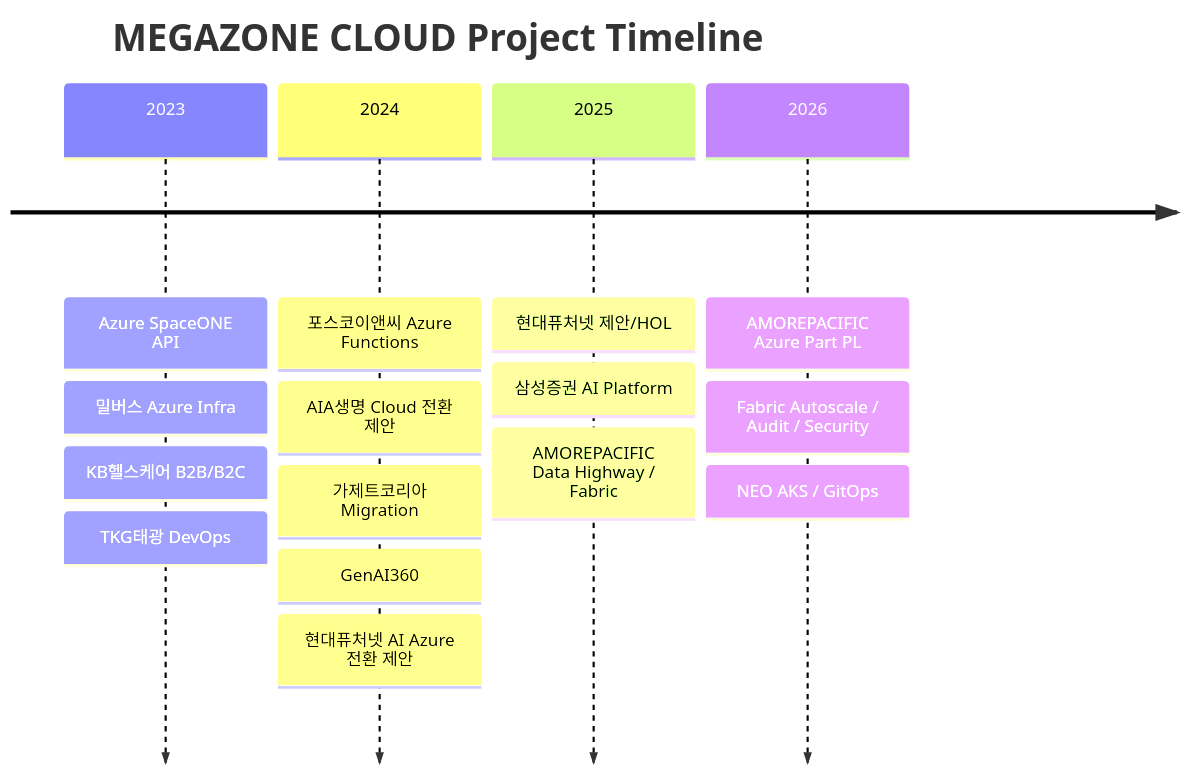
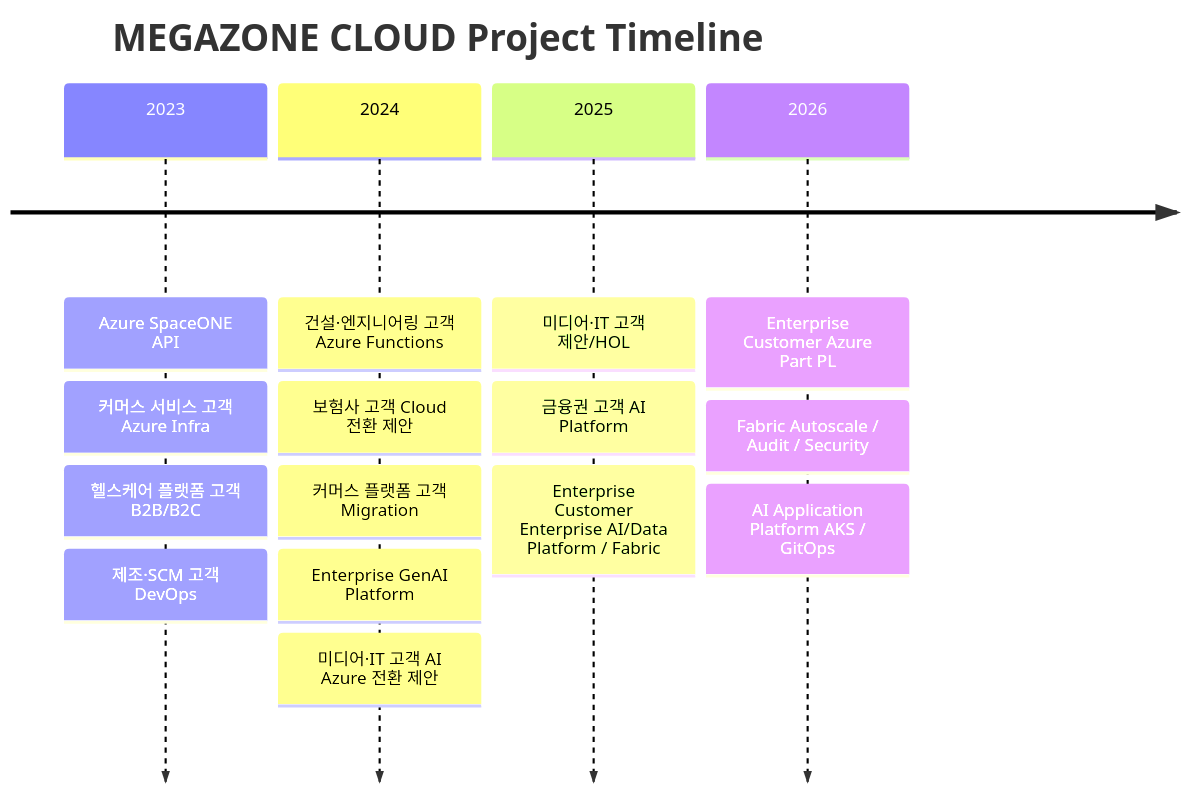
Before and after one commit to min-ser/min-ser.github.io: the third of 3 diagrams in content/02_CAREER/2022-megazone.md, drawn with Mermaid. The commit also changed other lines of this file and 34 other files, not shown here.

````diff
--- a/content/02_CAREER/2022-megazone.md
+++ b/content/02_CAREER/2022-megazone.md
@@ -142,8 +142,8 @@
 ```mermaid
 timeline
  title MEGAZONE CLOUD Project Timeline
- 2023 : Azure SpaceONE API : 밀버스 Azure Infra : KB헬스케어 B2B/B2C : TKG태광 DevOps
- 2024 : 포스코이앤씨 Azure Functions : AIA생명 Cloud 전환 제안 : 가제트코리아 Migration : GenAI360 : 현대퓨처넷 AI Azure 전환 제안
- 2025 : 현대퓨처넷 제안/HOL : 삼성증권 AI Platform : AMOREPACIFIC Data Highway / Fabric
- 2026 : AMOREPACIFIC Azure Part PL : Fabric Autoscale / Audit / Security : NEO AKS / GitOps
+ 2023 : Azure SpaceONE API : 커머스 서비스 고객 Azure Infra : 헬스케어 플랫폼 고객 B2B/B2C : 제조·SCM 고객 DevOps
+ 2024 : 건설·엔지니어링 고객 Azure Functions : 보험사 고객 Cloud 전환 제안 : 커머스 플랫폼 고객 Migration : Enterprise GenAI Platform : 미디어·IT 고객 AI Azure 전환 제안
+ 2025 : 미디어·IT 고객 제안/HOL : 금융권 고객 AI Platform : Enterprise Customer Enterprise AI/Data Platform / Fabric
+ 2026 : Enterprise Customer Azure Part PL : Fabric Autoscale / Audit / Security : AI Application Platform AKS / GitOps
 ```
````
